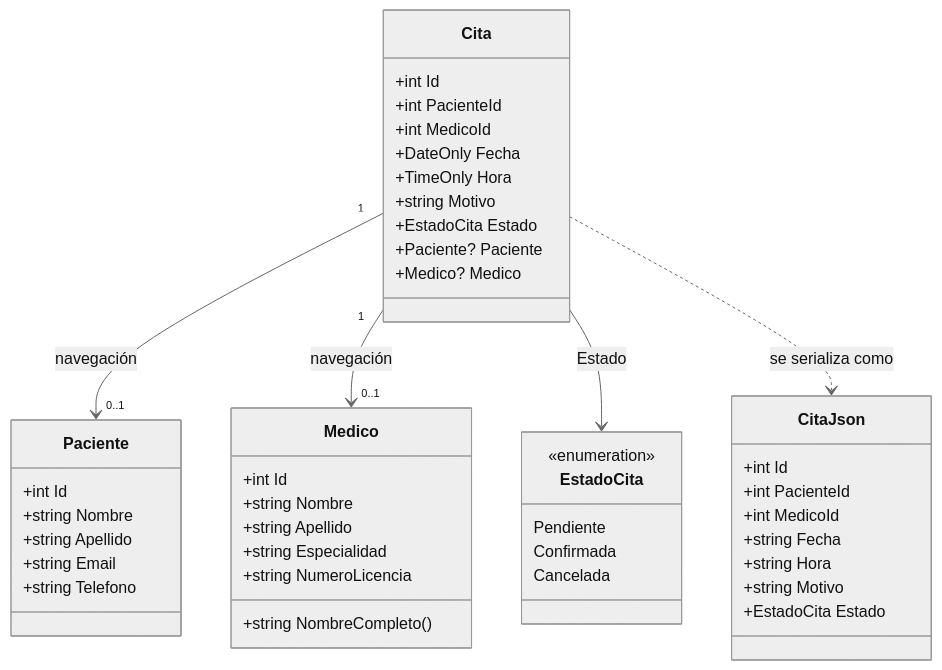
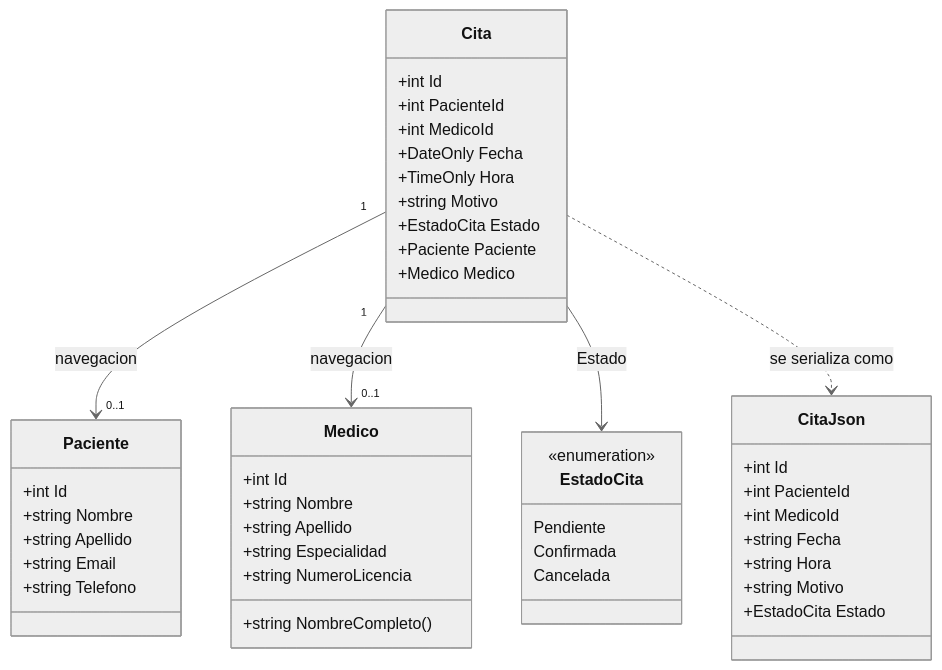
The fourth of 8 diagrams in docs/DIAGRAMAS.md (Cab5ter/ArqSoft-S05-LeonardoB), drawn with Mermaid (neutral theme) before and after one commit. The commit also changed other lines of this file and 1 other file, not shown here.

Commit message:
UPDATE docs/DIAGRAMAS.md: restructure diagrams around the C4 model (Context/Container/Component/Code)

````diff
--- a/docs/DIAGRAMAS.md
+++ b/docs/DIAGRAMAS.md
@@ -77,53 +163,49 @@
 ```mermaid
 classDiagram
     class Paciente {
         +int Id
         +string Nombre
         +string Apellido
         +string Email
         +string Telefono
     }
-
     class Medico {
         +int Id
         +string Nombre
         +string Apellido
         +string Especialidad
         +string NumeroLicencia
         +string NombreCompleto()
     }
-
     class Cita {
         +int Id
         +int PacienteId
         +int MedicoId
         +DateOnly Fecha
         +TimeOnly Hora
         +string Motivo
         +EstadoCita Estado
-        +Paciente? Paciente
-        +Medico? Medico
+        +Paciente Paciente
+        +Medico Medico
     }
-
     class CitaJson {
         +int Id
         +int PacienteId
         +int MedicoId
         +string Fecha
         +string Hora
         +string Motivo
         +EstadoCita Estado
     }
-
     class EstadoCita {
         <<enumeration>>
         Pendiente
         Confirmada
         Cancelada
     }
 
-    Cita "1" --> "0..1" Paciente : navegación
-    Cita "1" --> "0..1" Medico : navegación
+    Cita "1" --> "0..1" Paciente : navegacion
+    Cita "1" --> "0..1" Medico : navegacion
     Cita --> EstadoCita : Estado
     Cita ..> CitaJson : se serializa como
 ```
````
